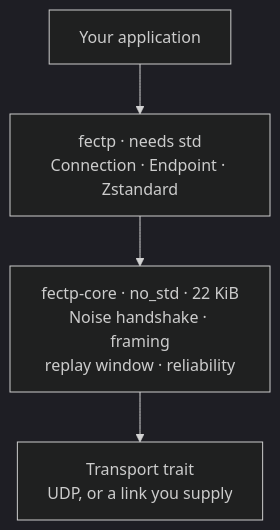
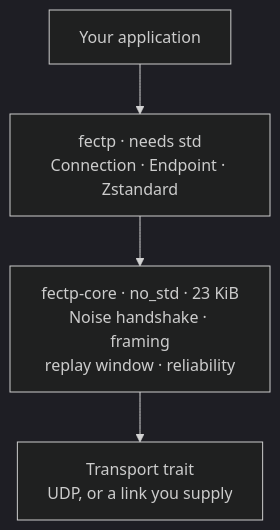
One commit to YounghyeonPark/fectp changed the first of 2 diagrams in README.md. Above: the diagram before and after it, drawn with Mermaid (dark theme). The commit also changed other lines of this file and 8 other files, not shown here.

````diff
--- a/README.md
+++ b/README.md
@@ -61,8 +61,8 @@
 ```mermaid
 flowchart TB
     A["Your application"]
     B["fectp · needs std<br/>Connection · Endpoint · Zstandard"]
-    C["fectp-core · no_std · 22 KiB<br/>Noise handshake · framing<br/>replay window · reliability"]
+    C["fectp-core · no_std · 23 KiB<br/>Noise handshake · framing<br/>replay window · reliability"]
     D["Transport trait<br/>UDP, or a link you supply"]
     A --> B --> C --> D
 ```
````
